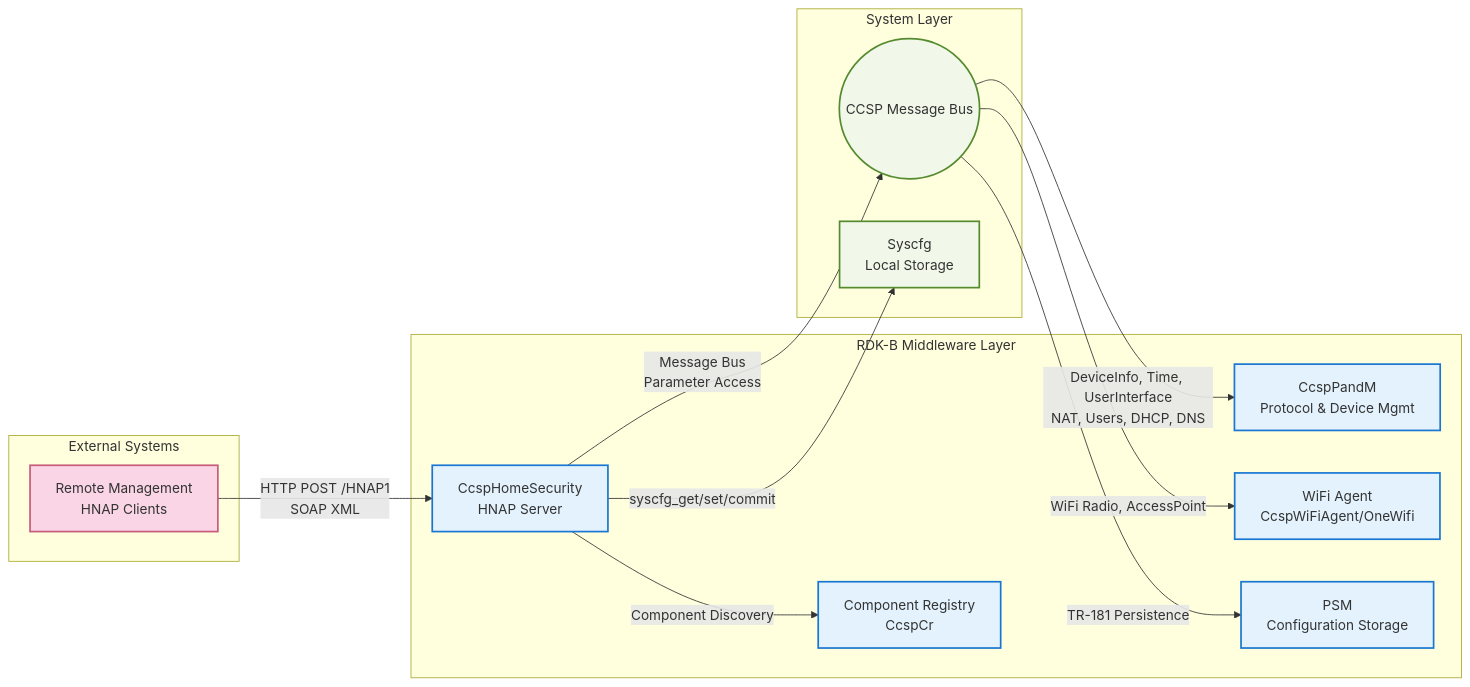
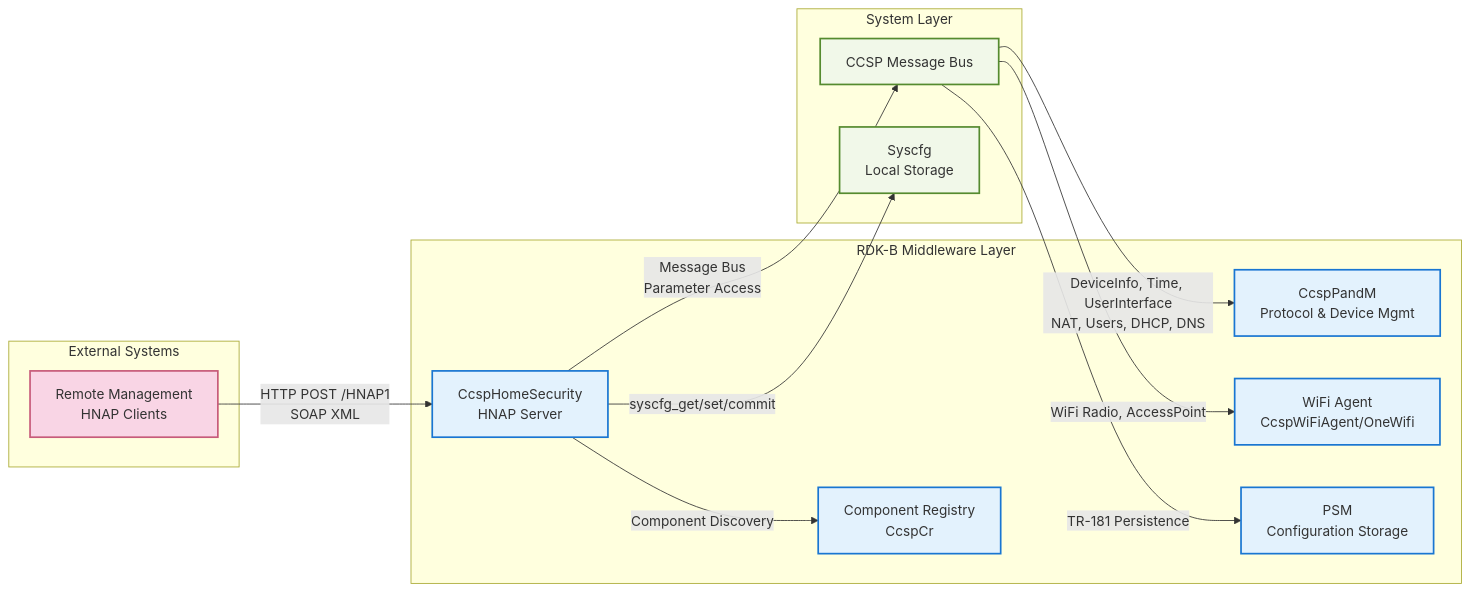
The first of 7 diagrams in docs/docu/dec17/home-security-documentation-mar16.md (rns21/RDK_Documentation), drawn with Mermaid before and after one commit.

````diff
--- a/docs/docu/dec17/home-security-documentation-mar16.md
+++ b/docs/docu/dec17/home-security-documentation-mar16.md
@@ -7,35 +7,35 @@
 ```mermaid
 graph LR
     subgraph "External Systems"
         Remote[Remote Management<br/>HNAP Clients]
     end
 
     subgraph "RDK-B Middleware Layer"
         HomeSecurity[CcspHomeSecurity<br/>HNAP Server]
         CR[Component Registry<br/>CcspCr]
         PandM[CcspPandM<br/>Protocol & Device Mgmt]
         WiFi[WiFi Agent<br/>CcspWiFiAgent/OneWifi]
         PSM[PSM<br/>Configuration Storage]
     end
 
     subgraph "System Layer"
-        MBus((CCSP Message Bus))
+        MBus[CCSP Message Bus]
         Syscfg[Syscfg<br/>Local Storage]
     end
 
     Remote -->|HTTP POST /HNAP1<br/>SOAP XML| HomeSecurity
     HomeSecurity -->|Component Discovery| CR
     HomeSecurity -->|Message Bus<br/>Parameter Access| MBus
     MBus -->|DeviceInfo, Time, UserInterface<br/>NAT, Users, DHCP, DNS| PandM
     MBus -->|WiFi Radio, AccessPoint| WiFi
     MBus -->|TR-181 Persistence| PSM
     HomeSecurity -->|syscfg_get/set/commit| Syscfg
     
     classDef external fill:#f9d5e5,stroke:#c75b7a,stroke-width:2px;
     classDef rdkb fill:#e3f2fd,stroke:#1976d2,stroke-width:2px;
     classDef system fill:#f1f8e9,stroke:#558b2f,stroke-width:2px;
     
     class Remote external
     class HomeSecurity,CR,PandM,WiFi,PSM rdkb
     class MBus,Syscfg system
 ```
````
